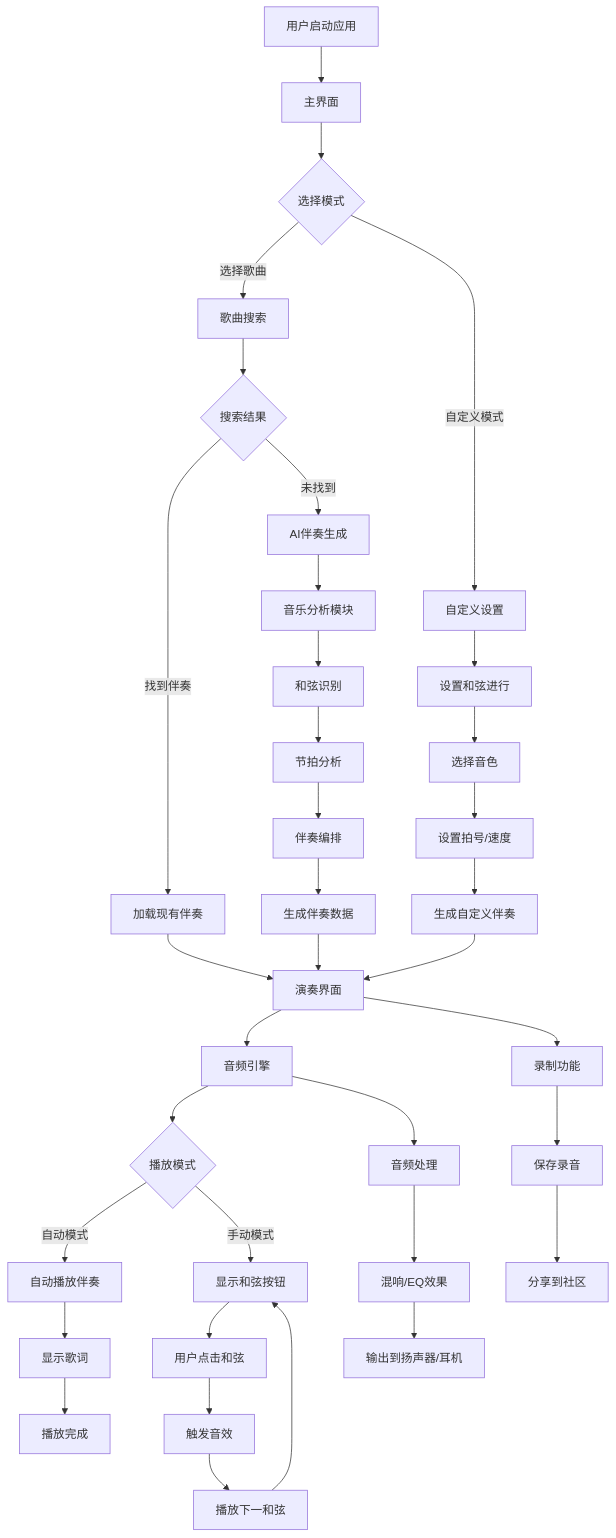
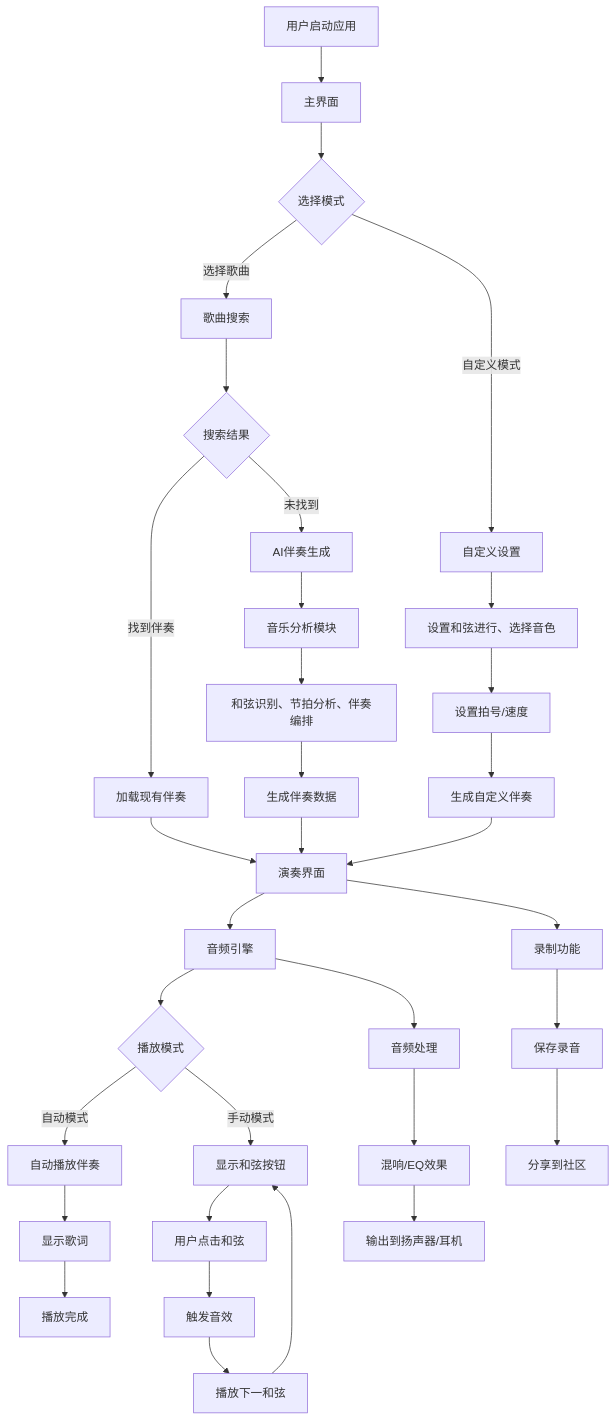
One commit to glance02/First changed the diagram in Musicmate可行性分析报告.md. Above: the diagram before and after it, drawn with Mermaid. The commit also changed other lines of this file, not shown here.

````diff
--- a/Musicmate可行性分析报告.md
+++ b/Musicmate可行性分析报告.md
@@ -140,47 +146,44 @@
 ```mermaid
 graph TD
     A[用户启动应用] --> B[主界面]
     B --> C{选择模式}
     C -->|选择歌曲| D[歌曲搜索]
     C -->|自定义模式| E[自定义设置]
     
     D --> F{搜索结果}
     F -->|找到伴奏| G[加载现有伴奏]
     F -->|未找到| H[AI伴奏生成]
     
     H --> I[音乐分析模块]
-    I --> J[和弦识别]
-    J --> K[节拍分析]
-    K --> L[伴奏编排]
-    L --> M[生成伴奏数据]
+    I --> J[和弦识别、节拍分析、伴奏编排]
+    J --> M[生成伴奏数据]
     
-    E --> N[设置和弦进行]
-    N --> O[选择音色]
-    O --> P[设置拍号/速度]
+    E --> N[设置和弦进行、选择音色]
+    N --> P[设置拍号/速度]
     P --> Q[生成自定义伴奏]
     
     G --> R[演奏界面]
     M --> R
     Q --> R
     
     R --> S[音频引擎]
     S --> T{播放模式}
     T -->|自动模式| U[自动播放伴奏]
     T -->|手动模式| V[显示和弦按钮]
     
     V --> W[用户点击和弦]
     W --> X[触发音效]
     X --> Y[播放下一和弦]
     Y --> V
     
     U --> Z[显示歌词]
     Z --> AA[播放完成]
     
     S --> BB[音频处理]
     BB --> CC[混响/EQ效果]
     CC --> DD[输出到扬声器/耳机]
     
     R --> EE[录制功能]
     EE --> FF[保存录音]
     FF --> GG[分享到社区]
 ```
````
